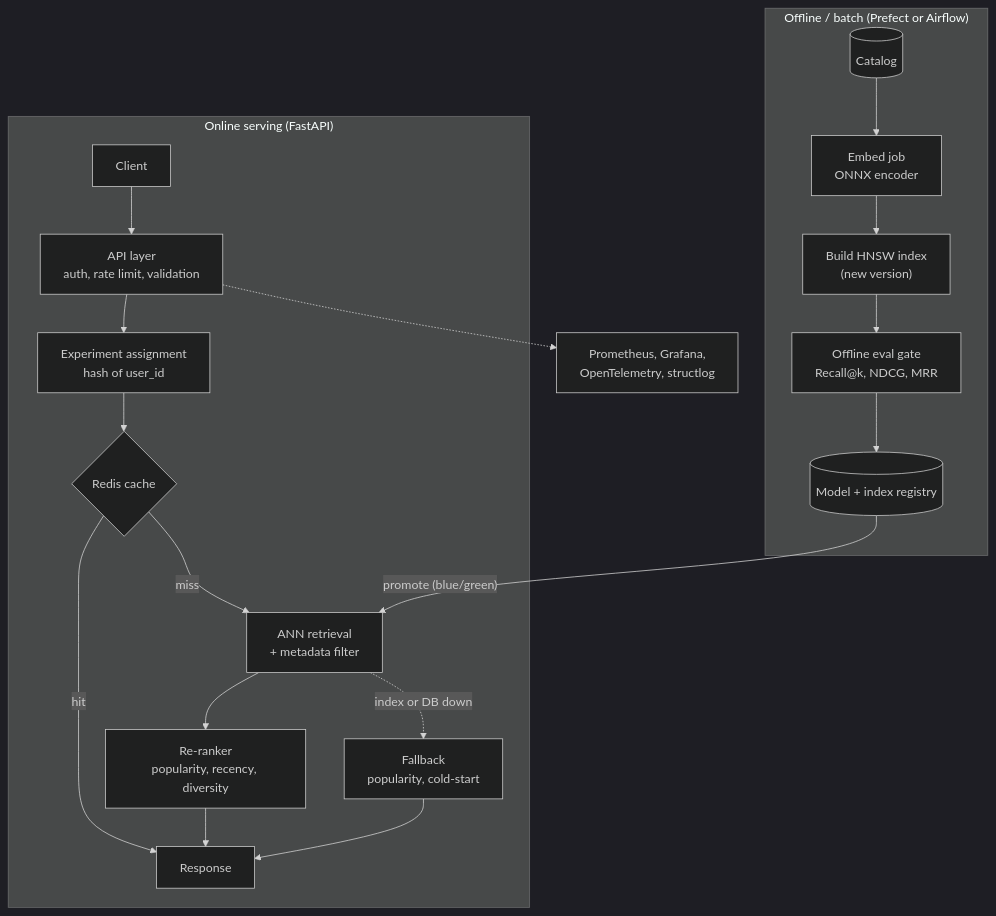
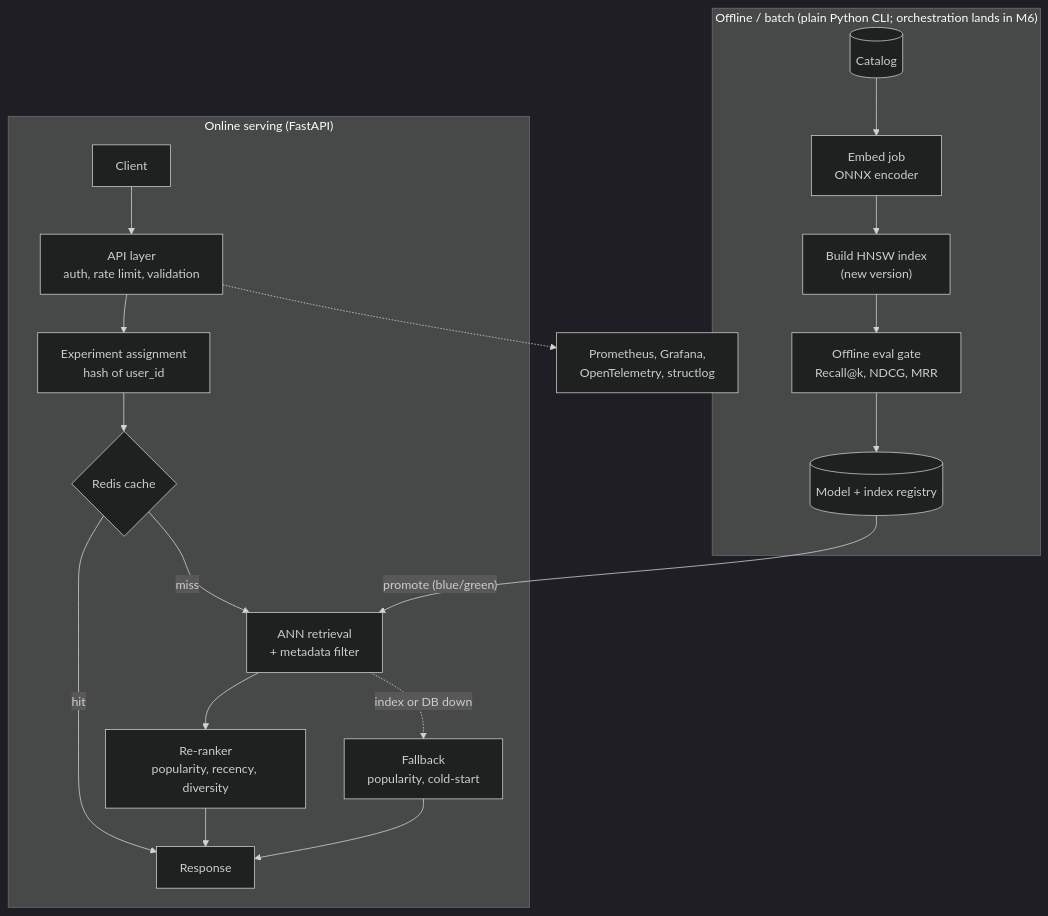
One commit to WoodinGlass/embedding-recommender-api changed the diagram in README.md. Above: the diagram before and after it, drawn with Mermaid (dark theme). The commit also changed other lines of this file, not shown here.

````diff
--- a/README.md
+++ b/README.md
@@ -43,24 +43,24 @@
 ```mermaid
 flowchart TB
-  subgraph OFFLINE["Offline / batch (Prefect or Airflow)"]
+  subgraph OFFLINE["Offline / batch (plain Python CLI; orchestration lands in M6)"]
     CAT[("Catalog")] --> EMB["Embed job<br/>ONNX encoder"]
     EMB --> IDX["Build HNSW index<br/>(new version)"]
     IDX --> EVAL["Offline eval gate<br/>Recall@k, NDCG, MRR"]
     EVAL --> REG[("Model + index registry")]
   end
 
   subgraph ONLINE["Online serving (FastAPI)"]
     CL["Client"] --> API["API layer<br/>auth, rate limit, validation"]
     API --> AB["Experiment assignment<br/>hash of user_id"]
     AB --> RC{"Redis cache"}
     RC -- hit --> OUT["Response"]
     RC -- miss --> ANN["ANN retrieval<br/>+ metadata filter"]
     ANN --> RR["Re-ranker<br/>popularity, recency, diversity"]
     RR --> OUT
     ANN -. index or DB down .-> FB["Fallback<br/>popularity, cold-start"]
     FB --> OUT
   end
 
   REG -- "promote (blue/green)" --> ANN
   API -.-> OBS["Prometheus, Grafana,<br/>OpenTelemetry, structlog"]
 ```
````
